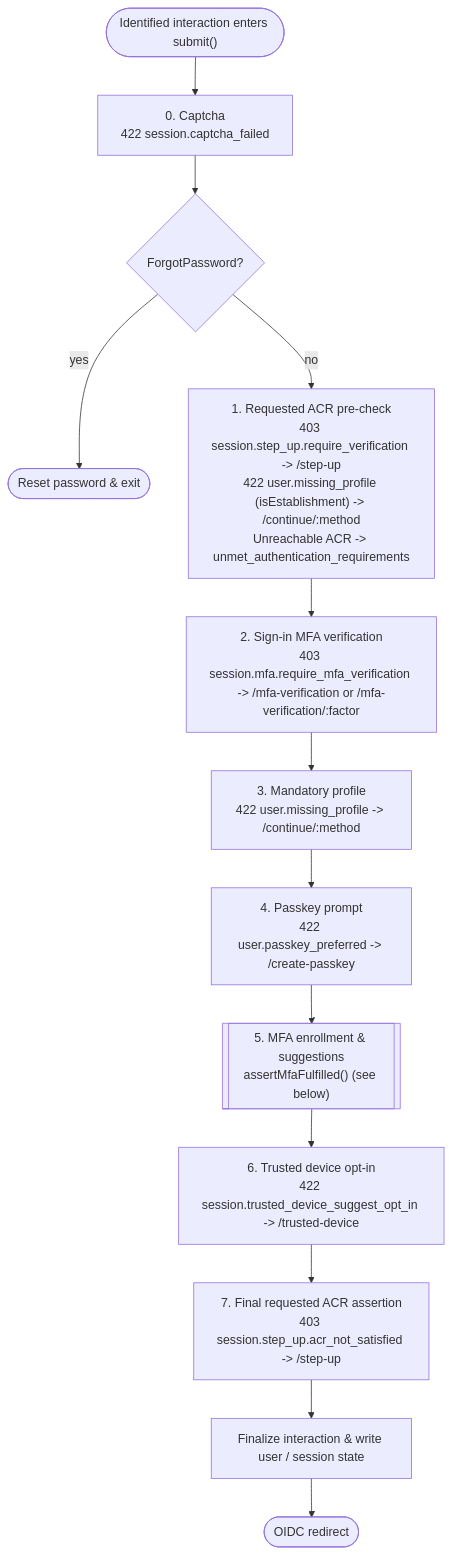
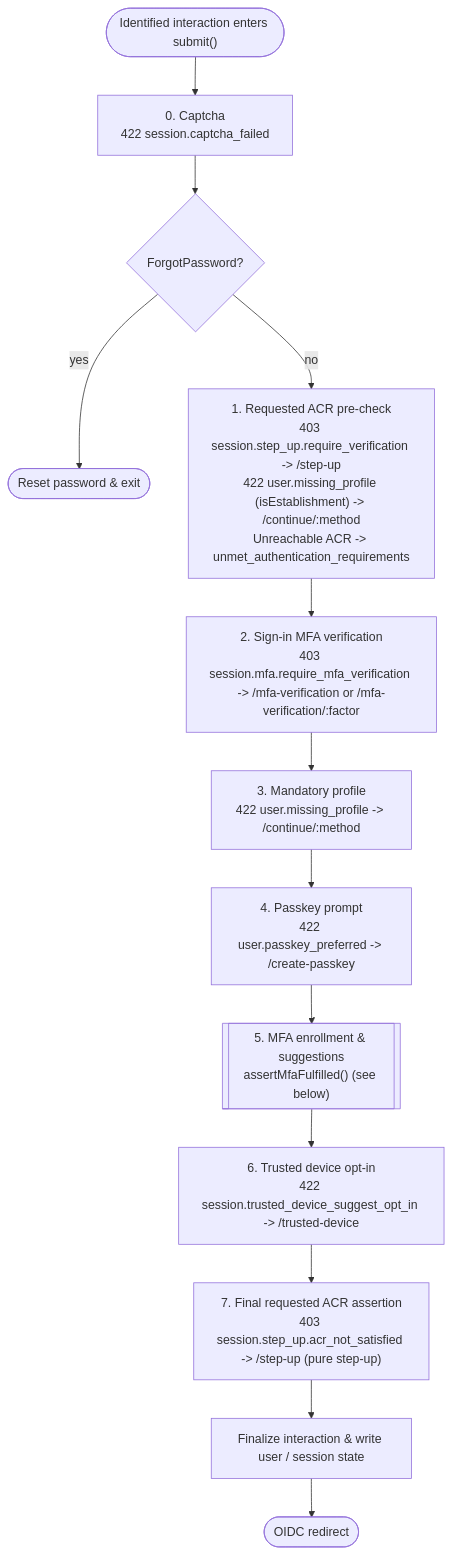
One commit to logto-io/logto changed the first of 2 diagrams in end-user-flows/submit-gates.md. Above: the diagram before and after it, drawn with Mermaid. The commit also changed other lines of this file and 1 other file, not shown here.

Commit message:
docs: address submit-gates flowchart review feedback

````diff
--- a/end-user-flows/submit-gates.md
+++ b/end-user-flows/submit-gates.md
@@ -5,15 +5,15 @@
 ```mermaid
 flowchart TD
   start(["Identified interaction enters submit()"]) --> g0["0. Captcha<br/>422 session.captcha_failed"]
   g0 --> fp{"ForgotPassword?"}
   fp -->|yes| fp_exit(["Reset password & exit"])
   fp -->|no| g1["1. Requested ACR pre-check<br/>403 session.step_up.require_verification -> /step-up<br/>422 user.missing_profile (isEstablishment) -> /continue/:method<br/>Unreachable ACR -> unmet_authentication_requirements"]
   g1 --> g2["2. Sign-in MFA verification<br/>403 session.mfa.require_mfa_verification -> /mfa-verification or /mfa-verification/:factor"]
   g2 --> g3["3. Mandatory profile<br/>422 user.missing_profile -> /continue/:method"]
   g3 --> g4["4. Passkey prompt<br/>422 user.passkey_preferred -> /create-passkey"]
   g4 --> g5[["5. MFA enrollment & suggestions<br/>assertMfaFulfilled() (see below)"]]
   g5 --> g6["6. Trusted device opt-in<br/>422 session.trusted_device_suggest_opt_in -> /trusted-device"]
-  g6 --> g7["7. Final requested ACR assertion<br/>403 session.step_up.acr_not_satisfied -> /step-up"]
+  g6 --> g7["7. Final requested ACR assertion<br/>403 session.step_up.acr_not_satisfied -> /step-up (pure step-up)"]
   g7 --> finalize["Finalize interaction & write user / session state"]
   finalize --> done(["OIDC redirect"])
 ```
````
